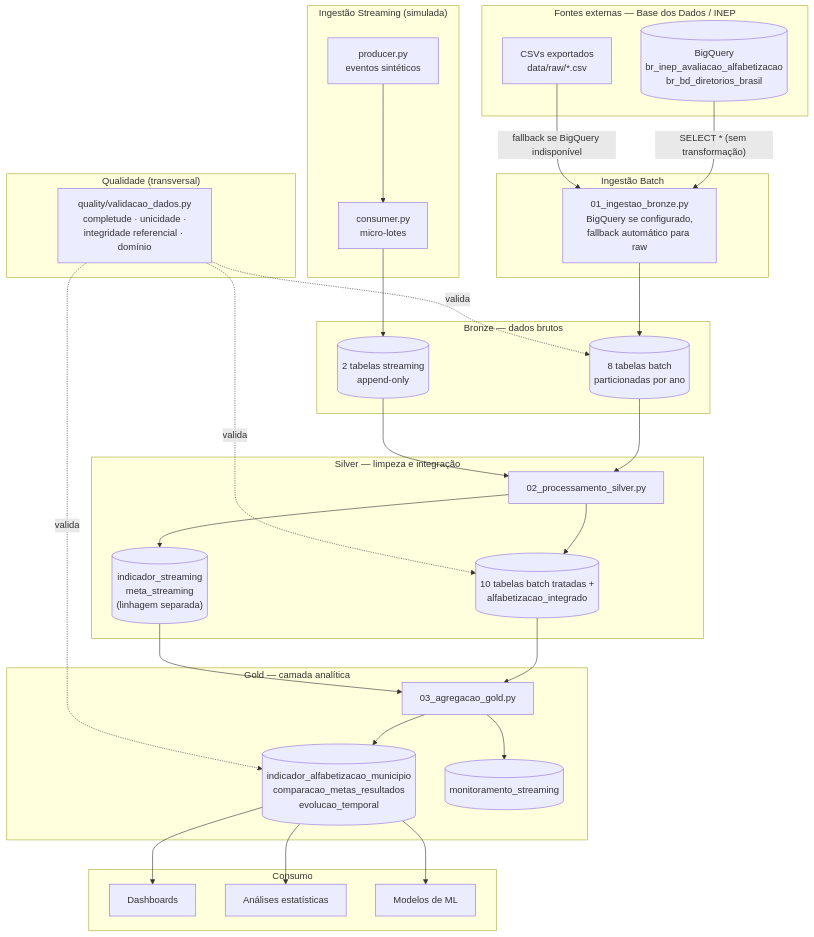
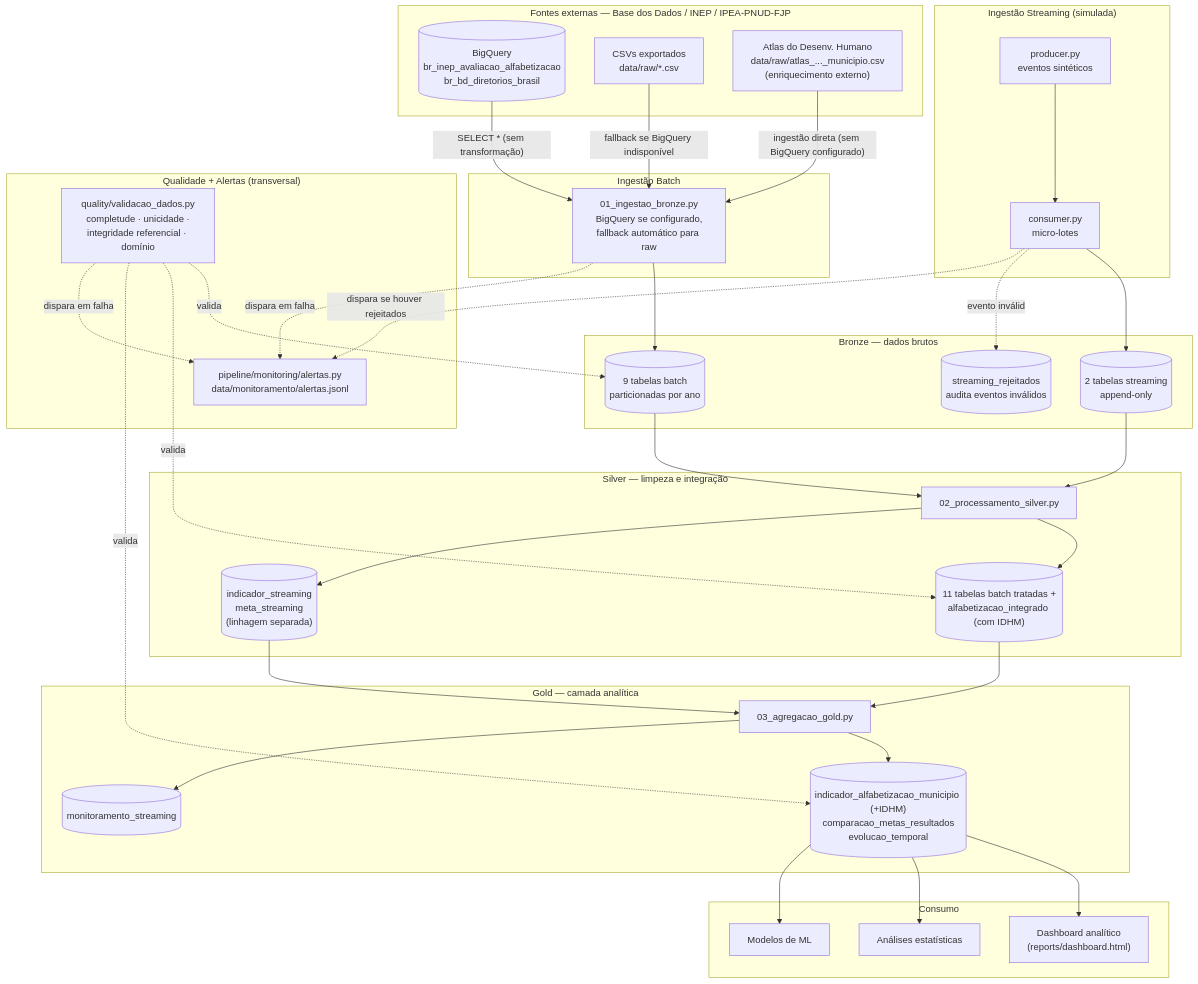
One commit to Fe-Biaggio/TechChallenge_2 changed the first of 2 diagrams in docs/arquitetura/README.md. Above: the diagram before and after it, drawn with Mermaid. The commit also changed other lines of this file and 2 other files, not shown here.

First line of the commit message:
Atualiza documentacao: enriquecimento externo, alertas e testes

````diff
--- a/docs/arquitetura/README.md
+++ b/docs/arquitetura/README.md
@@ -8,57 +8,65 @@
 ```mermaid
 flowchart TD
-    subgraph Fontes["Fontes externas — Base dos Dados / INEP"]
+    subgraph Fontes["Fontes externas — Base dos Dados / INEP / IPEA-PNUD-FJP"]
         BQ[("BigQuery\nbr_inep_avaliacao_alfabetizacao\nbr_bd_diretorios_brasil")]
         RAW["CSVs exportados\ndata/raw/*.csv"]
+        IDHM["Atlas do Desenv. Humano\ndata/raw/atlas_..._municipio.csv\n(enriquecimento externo)"]
     end
 
     subgraph Batch["Ingestão Batch"]
         ING["01_ingestao_bronze.py\nBigQuery se configurado,\nfallback automático para raw"]
     end
 
     subgraph Streaming["Ingestão Streaming (simulada)"]
         PROD["producer.py\neventos sintéticos"]
         CONS["consumer.py\nmicro-lotes"]
     end
 
     subgraph BronzeL["Bronze — dados brutos"]
-        BZ[("8 tabelas batch\nparticionadas por ano")]
+        BZ[("9 tabelas batch\nparticionadas por ano")]
         BZS[("2 tabelas streaming\nappend-only")]
+        BZR[("streaming_rejeitados\naudita eventos inválidos")]
     end
 
     subgraph SilverL["Silver — limpeza e integração"]
         SV["02_processamento_silver.py"]
-        SVT[("10 tabelas batch tratadas +\nalfabetizacao_integrado")]
+        SVT[("11 tabelas batch tratadas +\nalfabetizacao_integrado (com IDHM)")]
         SVS[("indicador_streaming\nmeta_streaming\n(linhagem separada)")]
     end
 
     subgraph GoldL["Gold — camada analítica"]
         GD["03_agregacao_gold.py"]
-        GDT[("indicador_alfabetizacao_municipio\ncomparacao_metas_resultados\nevolucao_temporal")]
+        GDT[("indicador_alfabetizacao_municipio (+IDHM)\ncomparacao_metas_resultados\nevolucao_temporal")]
         GDS[("monitoramento_streaming")]
     end
 
-    subgraph Qualidade["Qualidade (transversal)"]
+    subgraph Qualidade["Qualidade + Alertas (transversal)"]
         QA["quality/validacao_dados.py\ncompletude · unicidade ·\nintegridade referencial · domínio"]
+        AL["pipeline/monitoring/alertas.py\ndata/monitoramento/alertas.jsonl"]
     end
 
     subgraph Consumo["Consumo"]
-        DASH["Dashboards"]
+        DASH["Dashboard analítico\n(reports/dashboard.html)"]
         STAT["Análises estatísticas"]
         ML["Modelos de ML"]
     end
 
     BQ -->|"SELECT * (sem transformação)"| ING
     RAW -->|"fallback se BigQuery indisponível"| ING
+    IDHM -->|"ingestão direta (sem BigQuery configurado)"| ING
     ING --> BZ
     PROD --> CONS --> BZS
+    CONS -.evento inválido.-> BZR
     BZ --> SV --> SVT
     BZS --> SV --> SVS
     SVT --> GD --> GDT
     SVS --> GD --> GDS
     GDT --> DASH & STAT & ML
 
     QA -.valida.-> BZ
     QA -.valida.-> SVT
     QA -.valida.-> GDT
+    QA -.dispara em falha.-> AL
+    ING -.dispara em falha.-> AL
+    CONS -.dispara se houver rejeitados.-> AL
 ```
````
